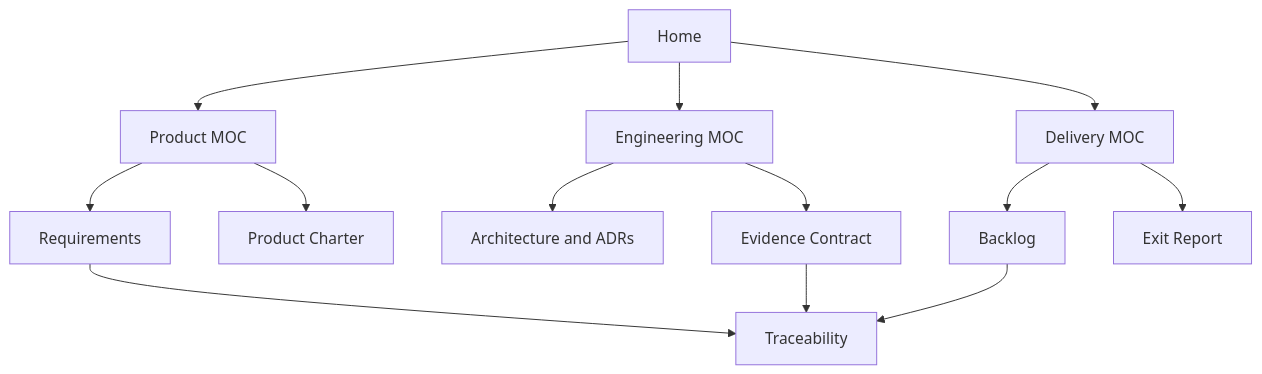
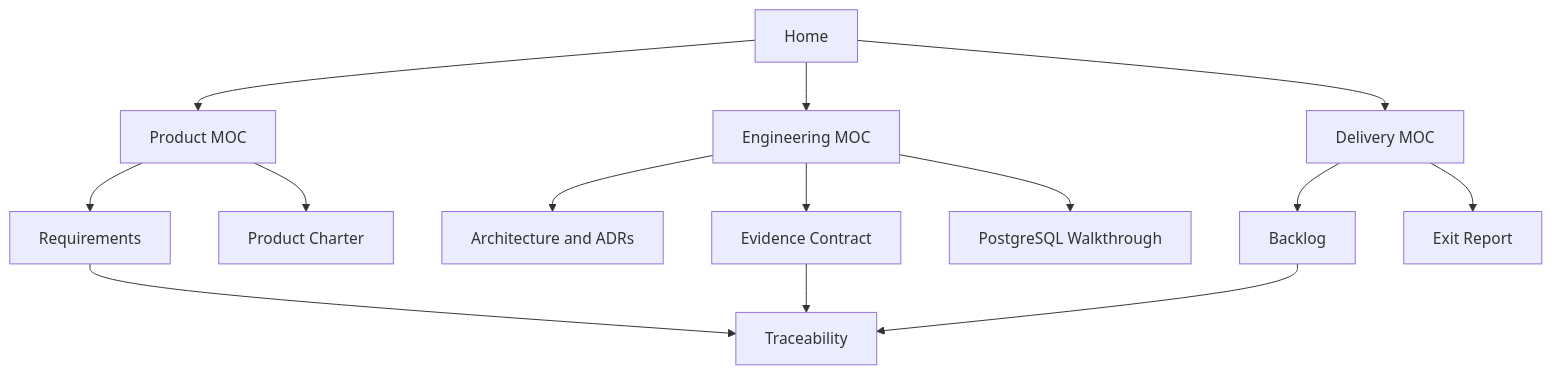
Before and after one commit to Yash-Stark21/SkillProof: the diagram in docs/Home.md, drawn with Mermaid. The commit also changed other lines of this file and 55 other files, not shown here.

Commit message:
Add PostgreSQL persistence foundation and implementation docs

````diff
--- a/docs/Home.md
+++ b/docs/Home.md
@@ -38,15 +39,16 @@
 ```mermaid
 flowchart TD
     H["Home"] --> P["Product MOC"]
     H --> E["Engineering MOC"]
     H --> D["Delivery MOC"]
     P --> R["Requirements"]
     P --> C["Product Charter"]
     E --> A["Architecture and ADRs"]
     E --> V["Evidence Contract"]
+    E --> PG["PostgreSQL Walkthrough"]
     D --> B["Backlog"]
     D --> X["Exit Report"]
     R --> T["Traceability"]
     V --> T
     B --> T
 ```
````
